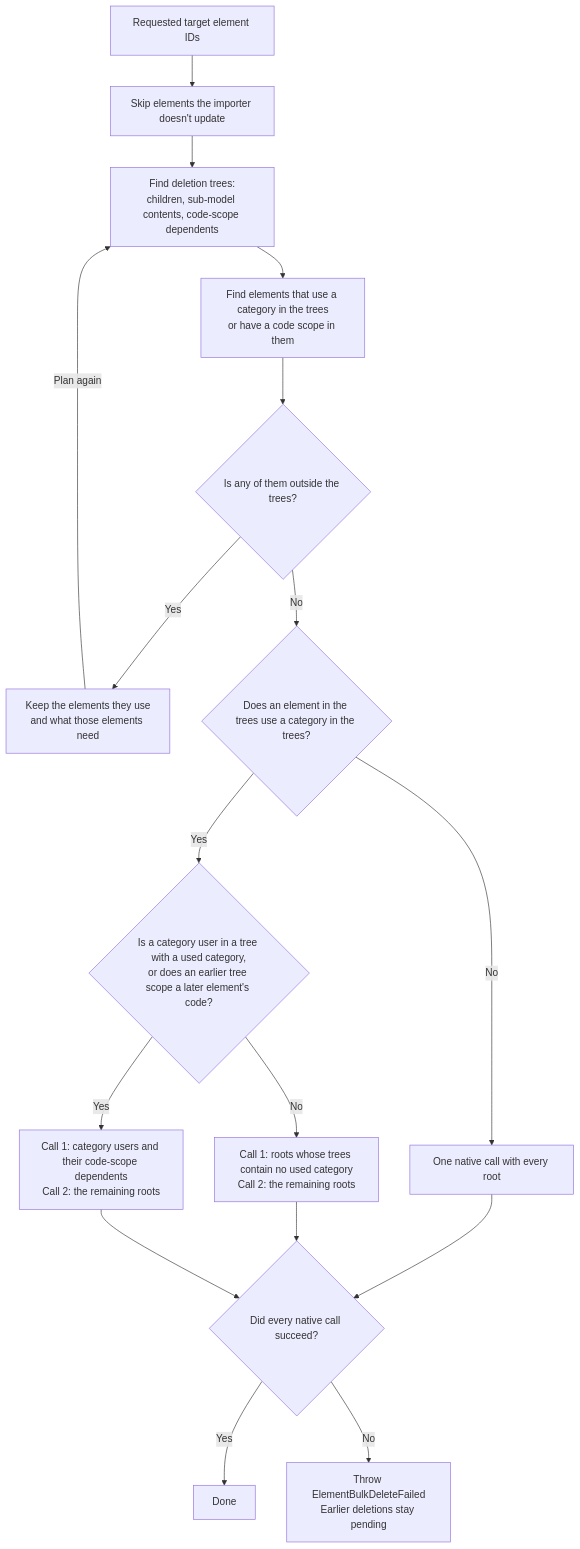
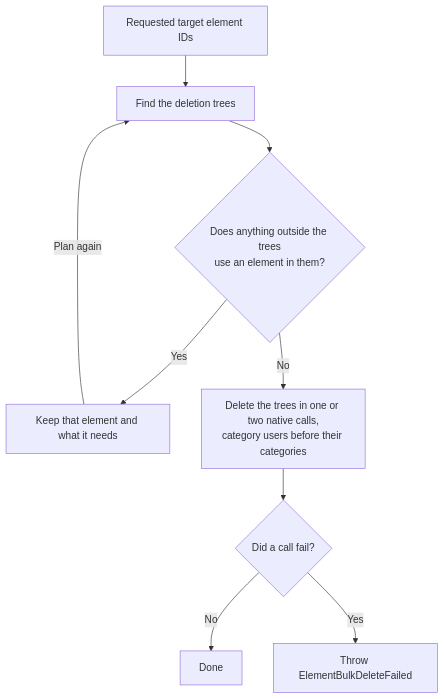
The diagram in docs/learning/transformer/element-deletion.md (iTwin/imodel-transformer), drawn with Mermaid before and after one commit. The commit also changed other lines of this file and 2 other files, not shown here.

First line of the commit message:
docs(transformer): tighten element deletion docs

````diff
--- a/docs/learning/transformer/element-deletion.md
+++ b/docs/learning/transformer/element-deletion.md
@@ -25,19 +25,11 @@
 ```mermaid
 flowchart TD
-    A["Requested target element IDs"] --> B["Skip elements the importer doesn't update"]
-    B --> C["Find deletion trees:<br/>children, sub-model contents, code-scope dependents"]
-    C --> D["Find elements that use a category in the trees<br/>or have a code scope in them"]
-    D --> E{"Is any of them outside the trees?"}
-    E -->|"Yes"| F["Keep the elements they use<br/>and what those elements need"]
-    F -->|"Plan again"| C
-    E -->|"No"| G{"Does an element in the trees use a category in the trees?"}
-    G -->|"No"| H["One native call with every root"]
-    G -->|"Yes"| S{"Is a category user in a tree with a used category,<br/>or does an earlier tree scope a later element's code?"}
-    S -->|"No"| I["Call 1: roots whose trees contain no used category<br/>Call 2: the remaining roots"]
-    S -->|"Yes"| U["Call 1: category users and their code-scope dependents<br/>Call 2: the remaining roots"]
-    H --> J{"Did every native call succeed?"}
-    I --> J
-    U --> J
-    J -->|"Yes"| K["Done"]
-    J -->|"No"| L["Throw ElementBulkDeleteFailed<br/>Earlier deletions stay pending"]
+    A["Requested target element IDs"] --> B["Find the deletion trees"]
+    B --> C{"Does anything outside the trees<br/>use an element in them?"}
+    C -->|"Yes"| D["Keep that element and what it needs"]
+    D -->|"Plan again"| B
+    C -->|"No"| E["Delete the trees in one or two native calls,<br/>category users before their categories"]
+    E --> F{"Did a call fail?"}
+    F -->|"No"| G["Done"]
+    F -->|"Yes"| H["Throw ElementBulkDeleteFailed"]
 ```
````
